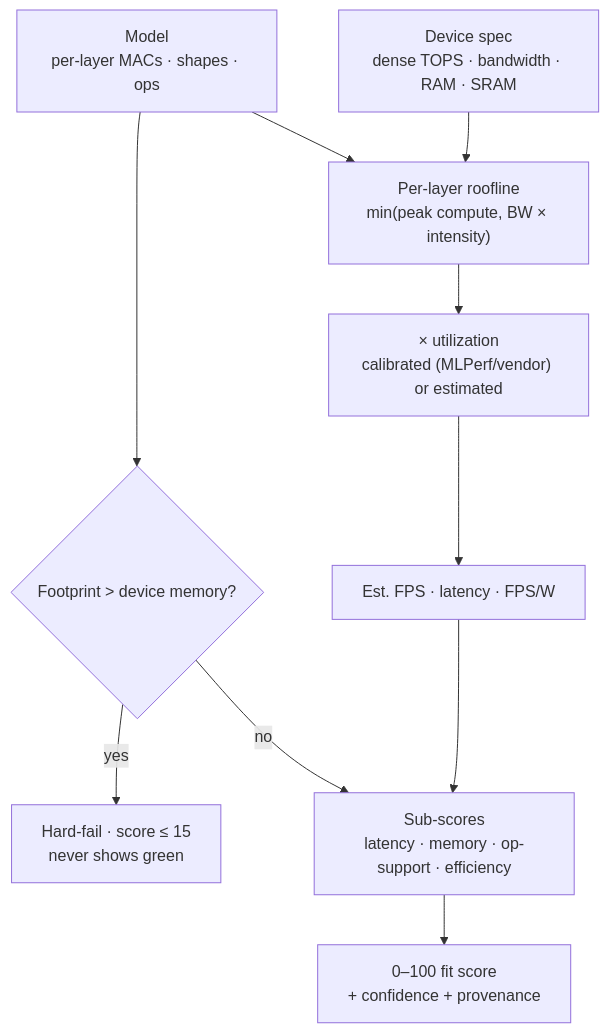
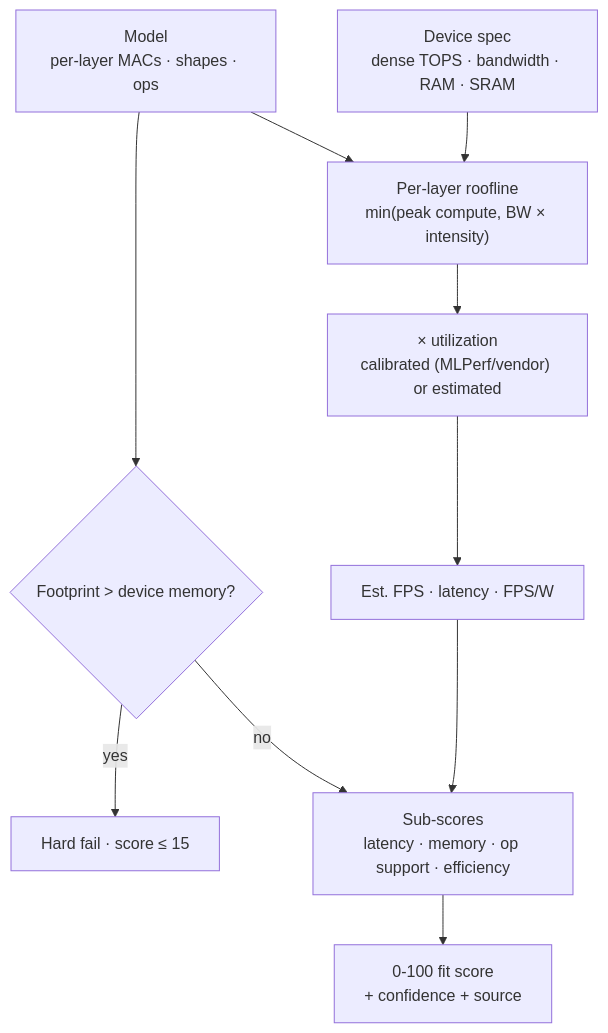
The third of 4 diagrams in README.md (Premchand006/ModelVisio), drawn with Mermaid before and after one commit. The commit also changed other lines of this file and 317 other files, not shown here.

````diff
--- a/README.md
+++ b/README.md
@@ -111,12 +131,12 @@
 ```mermaid
 flowchart TB
   M["Model<br/>per-layer MACs · shapes · ops"] --> R["Per-layer roofline<br/>min(peak compute, BW × intensity)"]
   D["Device spec<br/>dense TOPS · bandwidth · RAM · SRAM"] --> R
   R --> U["× utilization<br/>calibrated (MLPerf/vendor) or estimated"]
   U --> FPS["Est. FPS · latency · FPS/W"]
   M --> MEM{"Footprint &gt; device memory?"}
-  MEM -- yes --> FAIL["Hard-fail · score ≤ 15<br/>never shows green"]
-  MEM -- no --> SUB["Sub-scores<br/>latency · memory · op-support · efficiency"]
+  MEM -- yes --> FAIL["Hard fail · score ≤ 15"]
+  MEM -- no --> SUB["Sub-scores<br/>latency · memory · op support · efficiency"]
   FPS --> SUB
-  SUB --> SCORE["0–100 fit score<br/>+ confidence + provenance"]
+  SUB --> SCORE["0-100 fit score<br/>+ confidence + source"]
 ```
````
